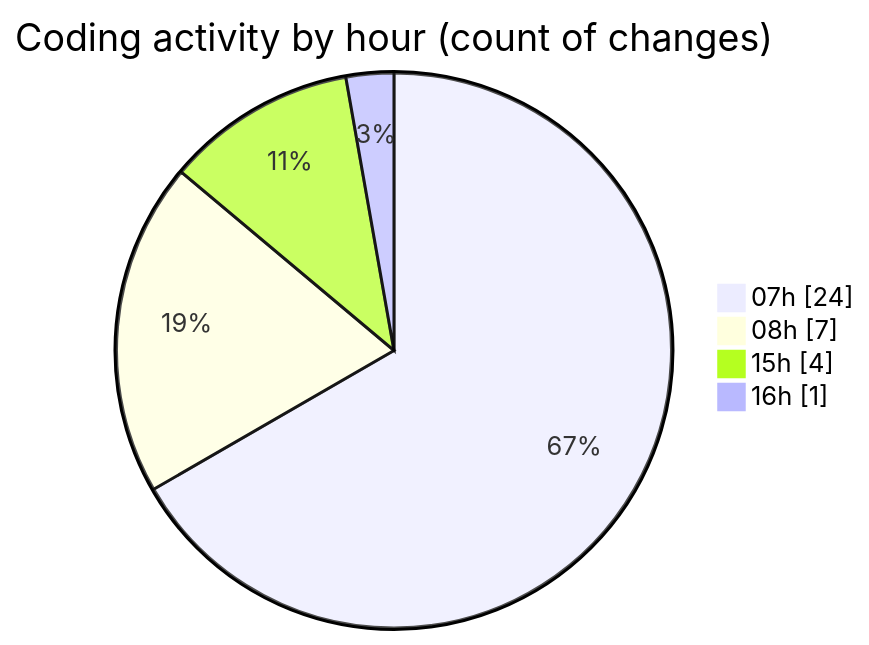
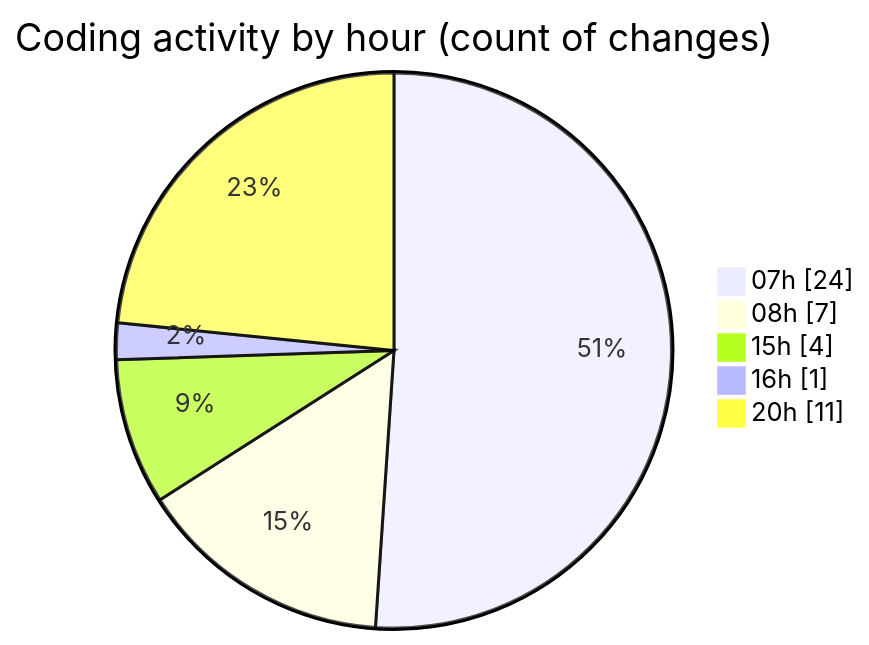
Before and after one commit to robertbonfada/code-tracking: the second of 2 diagrams in 2025-03-10/mbc-web/README.md, drawn with Mermaid. The commit also changed other lines of this file and 1 other file, not shown here.

````diff
--- a/2025-03-10/mbc-web/README.md
+++ b/2025-03-10/mbc-web/README.md
@@ -36,8 +40,9 @@
 ```mermaid
 pie showData
 title Coding activity by hour (count of changes)
 "07h" : 24
 "08h" : 7
 "15h" : 4
 "16h" : 1
+"20h" : 11
 ```
````
